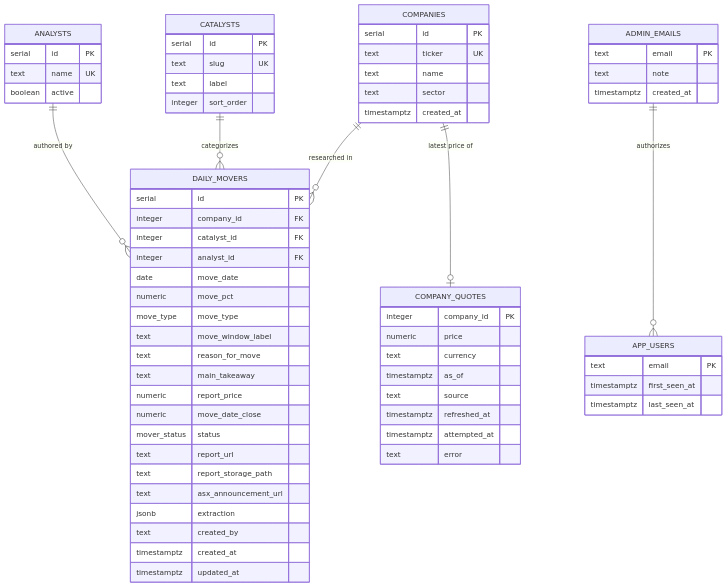
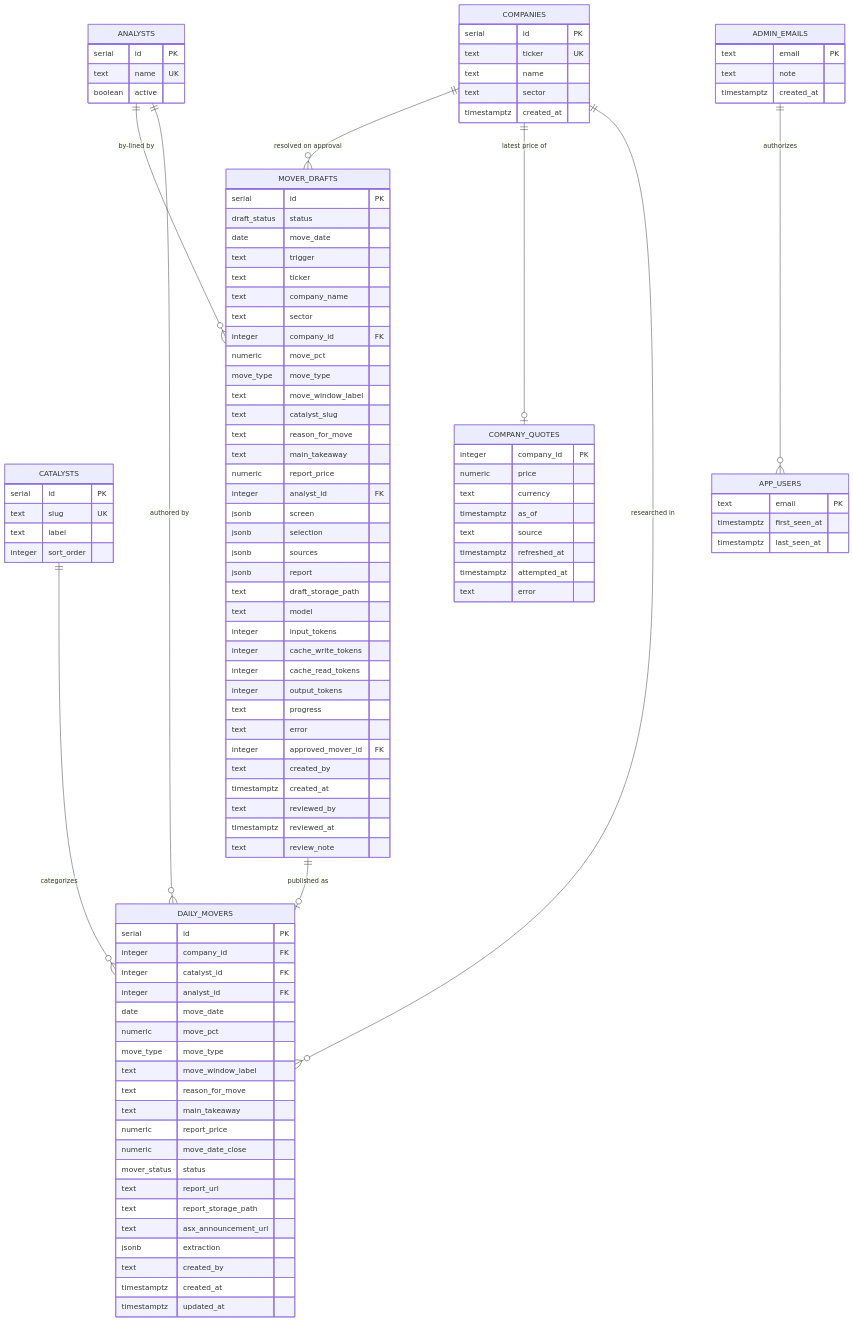
The first of 5 diagrams in docs/LLD.md (Vitti-Capital-Tech/daily-movers-dashboard), drawn with Mermaid before and after one commit. The commit also changed other lines of this file and 46 other files, not shown here.

```diff
--- a/docs/LLD.md
+++ b/docs/LLD.md
@@ -110,6 +141,9 @@
     ANALYSTS ||--o{ DAILY_MOVERS : "authored by"
     COMPANIES ||--o| COMPANY_QUOTES : "latest price of"
     ADMIN_EMAILS ||--o{ APP_USERS : "authorizes"
+    MOVER_DRAFTS ||--o| DAILY_MOVERS : "published as"
+    COMPANIES ||--o{ MOVER_DRAFTS : "resolved on approval"
+    ANALYSTS ||--o{ MOVER_DRAFTS : "by-lined by"
 
     COMPANIES {
         serial id PK
@@ -124,6 +158,43 @@
         text slug UK
         text label
         integer sort_order
+    }
+
+    MOVER_DRAFTS {
+        serial id PK
+        draft_status status
+        date move_date
+        text trigger
+        text ticker
+        text company_name
+        text sector
+        integer company_id FK
+        numeric move_pct
+        move_type move_type
+        text move_window_label
+        text catalyst_slug
+        text reason_for_move
+        text main_takeaway
+        numeric report_price
+        integer analyst_id FK
+        jsonb screen
+        jsonb selection
+        jsonb sources
+        jsonb report
+        text draft_storage_path
+        text model
+        integer input_tokens
+        integer cache_write_tokens
+        integer cache_read_tokens
+        integer output_tokens
+        text progress
+        text error
+        integer approved_mover_id FK
+        text created_by
+        timestamptz created_at
+        text reviewed_by
+        timestamptz reviewed_at
+        text review_note
     }
 
     ANALYSTS {
```
